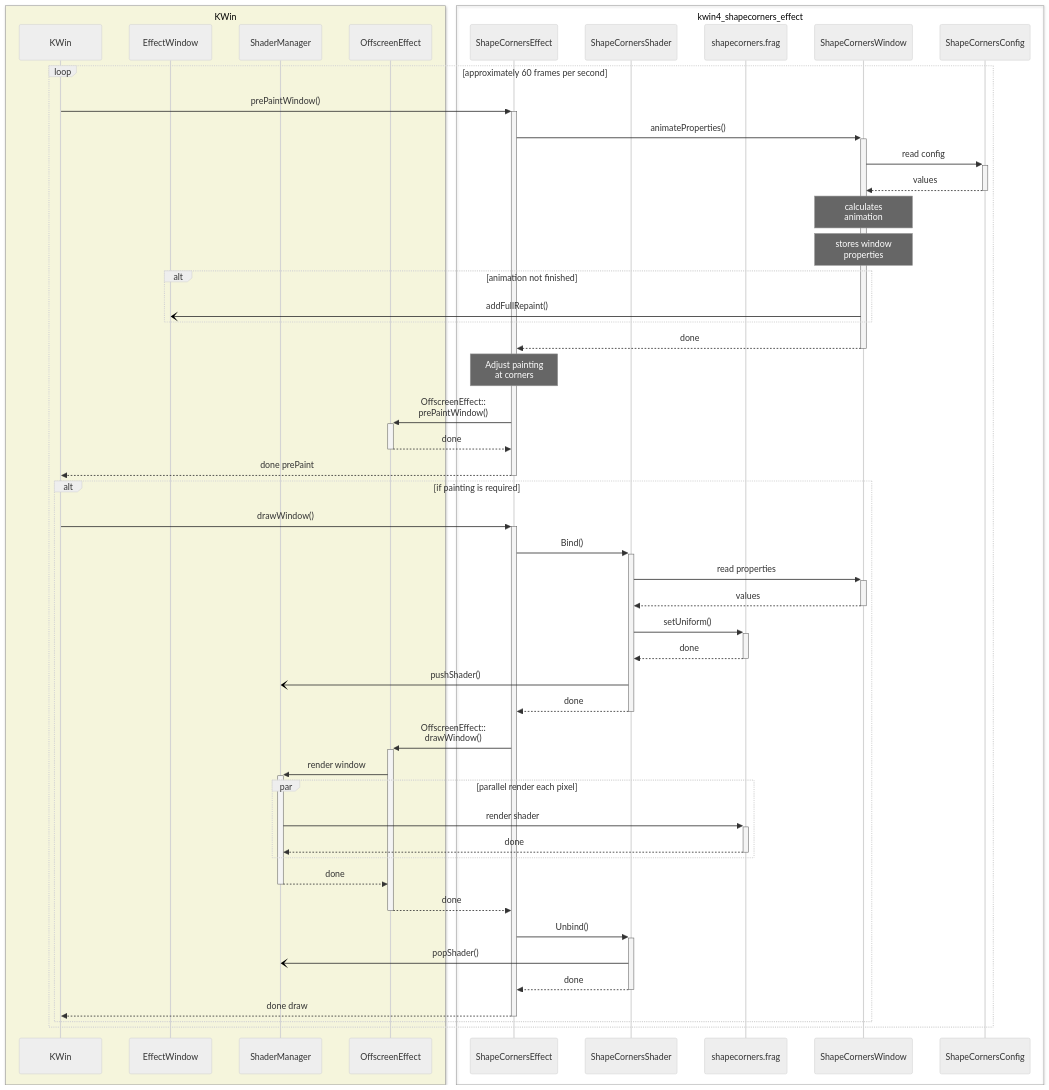
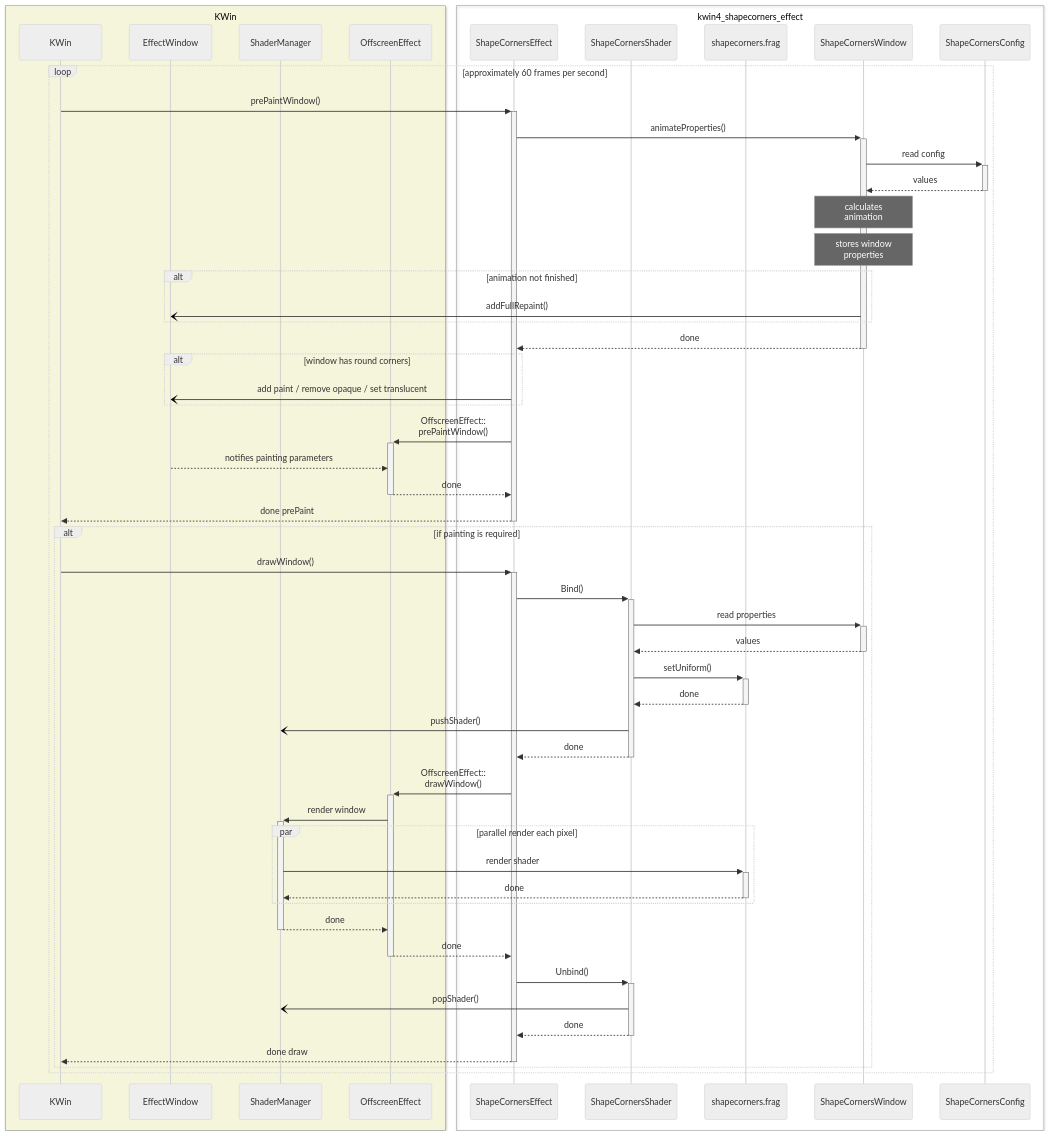
One commit to matinlotfali/KDE-Rounded-Corners changed the diagram in SequenceDiagram.md. Above: the diagram before and after it, drawn with Mermaid (neutral theme).

````diff
--- a/SequenceDiagram.md
+++ b/SequenceDiagram.md
@@ -3,56 +3,59 @@
 ```mermaid
 sequenceDiagram
     Box beige KWin
         participant KWin
         participant EffectWindow
         participant ShaderManager
         participant OffscreenEffect
     end
     Box kwin4_shapecorners_effect
         participant ShapeCornersEffect
         participant ShapeCornersShader
         participant shapecorners.frag
         participant ShapeCornersWindow
         participant ShapeCornersConfig
     end
 
     loop approximately 60 frames per second
         KWin->>+ShapeCornersEffect: prePaintWindow()
         ShapeCornersEffect->>+ShapeCornersWindow: animateProperties()
         ShapeCornersWindow->>+ShapeCornersConfig: read config
         ShapeCornersConfig-->>-ShapeCornersWindow: values
         Note over ShapeCornersWindow: calculates<br>animation
         Note over ShapeCornersWindow: stores window<br>properties
         alt animation not finished
             ShapeCornersWindow-)EffectWindow: addFullRepaint()
         end
         ShapeCornersWindow-->>-ShapeCornersEffect: done
-        Note over ShapeCornersEffect: Adjust painting<br>at corners
+        alt window has round corners
+            ShapeCornersEffect-)EffectWindow: add paint / remove opaque / set translucent
+        end
         ShapeCornersEffect->>+OffscreenEffect: OffscreenEffect::<br>prePaintWindow()
+        EffectWindow-->>OffscreenEffect: notifies painting parameters 
         OffscreenEffect-->>-ShapeCornersEffect: done
         ShapeCornersEffect-->>-KWin: done prePaint
         
         alt if painting is required
             KWin->>+ShapeCornersEffect: drawWindow()
             ShapeCornersEffect->>+ShapeCornersShader: Bind()
             ShapeCornersShader->>+ShapeCornersWindow: read properties
             ShapeCornersWindow-->>-ShapeCornersShader: values
             ShapeCornersShader->>+shapecorners.frag: setUniform()
             shapecorners.frag-->>-ShapeCornersShader: done
             ShapeCornersShader-)ShaderManager: pushShader()
             ShapeCornersShader-->>-ShapeCornersEffect: done
             ShapeCornersEffect->>+OffscreenEffect: OffscreenEffect::<br>drawWindow()
             OffscreenEffect->>+ShaderManager: render window
             par parallel render each pixel
                 ShaderManager->>+shapecorners.frag: render shader
                 shapecorners.frag-->>-ShaderManager: done
             end
             ShaderManager-->>-OffscreenEffect: done
             OffscreenEffect-->>-ShapeCornersEffect: done
             ShapeCornersEffect->>+ShapeCornersShader: Unbind()
             ShapeCornersShader-)ShaderManager: popShader()
             ShapeCornersShader-->>-ShapeCornersEffect: done
             ShapeCornersEffect-->>-KWin: done draw
         end
     end
 ```
````
